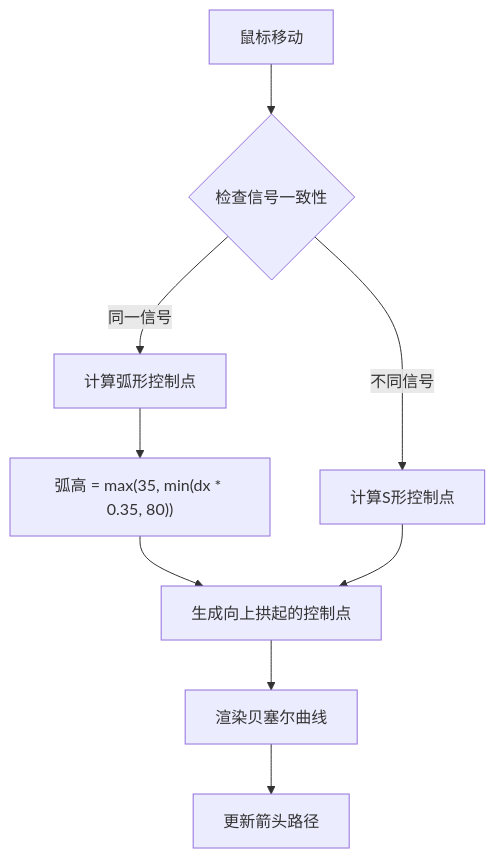
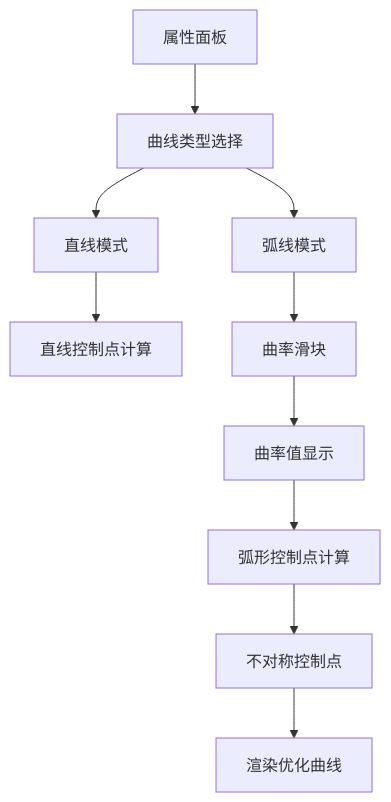
One commit to nht123456/waveform-editor changed the eighth of 9 diagrams in .qoder/repowiki/zh/content/交互控制系统/依赖箭头管理.md. Above: the diagram before and after it, drawn with Mermaid. The commit also changed other lines of this file and 7 other files, not shown here.

````diff
--- a/.qoder/repowiki/zh/content/交互控制系统/依赖箭头管理.md
+++ b/.qoder/repowiki/zh/content/交互控制系统/依赖箭头管理.md
@@ -322,11 +379,12 @@
 ```mermaid
 flowchart TD
-MouseMove["鼠标移动"] --> CheckSignal{"检查信号一致性"}
-CheckSignal --> |同一信号| ArcCalc["计算弧形控制点"]
-CheckSignal --> |不同信号| SCurve["计算S形控制点"]
-ArcCalc --> ArcHeight["弧高 = max(35, min(dx * 0.35, 80))"]
-ArcHeight --> ControlPoints["生成向上拱起的控制点"]
-SCurve --> ControlPoints
-ControlPoints --> RenderPath["渲染贝塞尔曲线"]
-RenderPath --> UpdateArrow["更新箭头路径"]
+PropertyPanel["属性面板"] --> CurveType["曲线类型选择"]
+CurveType --> StraightMode["直线模式"]
+CurveType --> CurvedMode["弧线模式"]
+StraightMode --> StraightCP["直线控制点计算"]
+CurvedMode --> CurvatureSlider["曲率滑块"]
+CurvatureSlider --> CurvatureVal["曲率值显示"]
+CurvatureVal --> ArcCalc["弧形控制点计算"]
+ArcCalc --> AsymmetricCP["不对称控制点"]
+AsymmetricCP --> RenderCurve["渲染优化曲线"]
 ```
````
